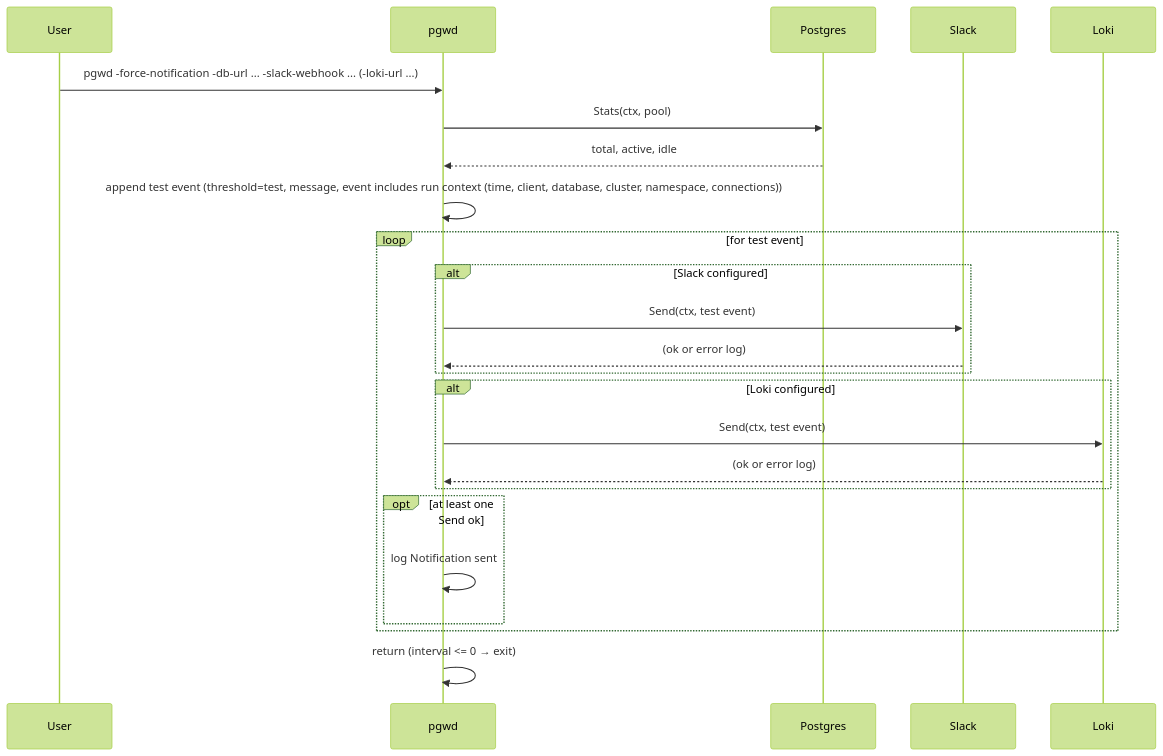
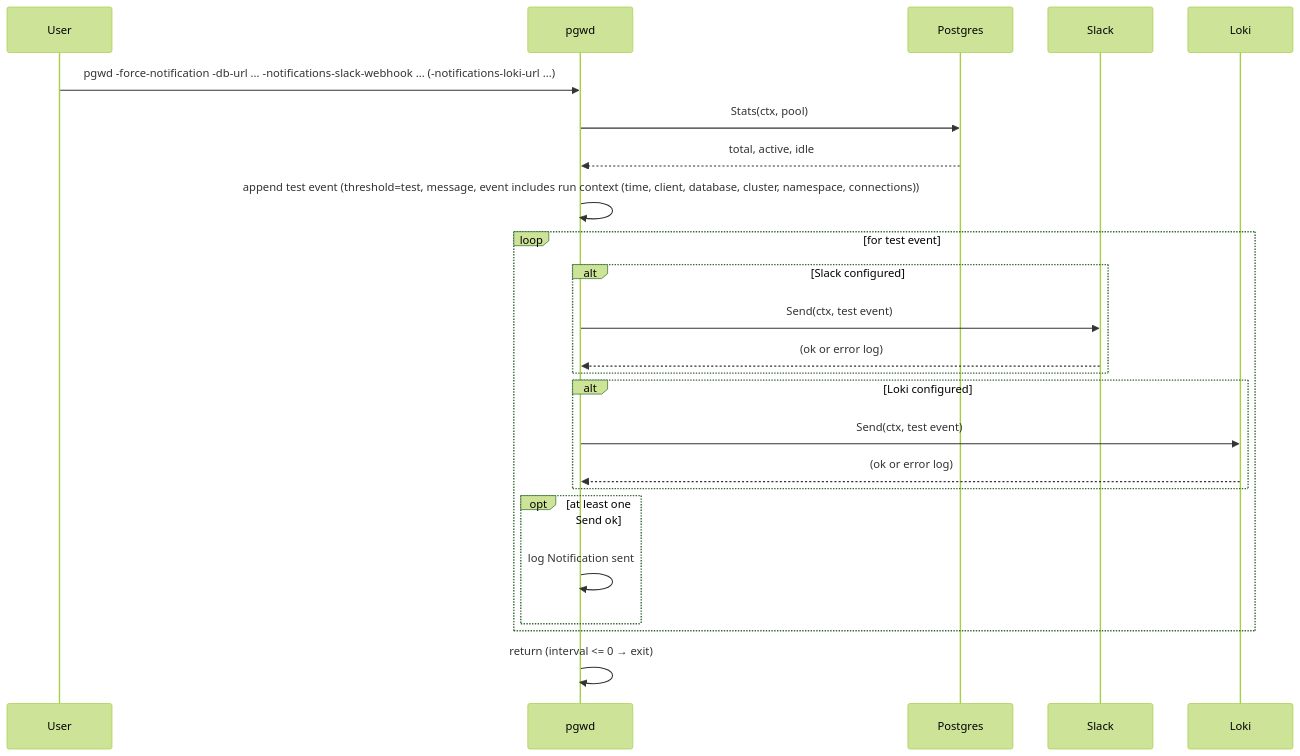
Before and after one commit to hrodrig/pgwd: the diagram in docs/sequence/05-force-notification.md, drawn with Mermaid (forest theme). The commit also changed 28 other files, not shown here.

````diff
--- a/docs/sequence/05-force-notification.md
+++ b/docs/sequence/05-force-notification.md
@@ -5,27 +5,27 @@
 ```mermaid
 sequenceDiagram
     participant User
     participant pgwd
     participant Postgres
     participant Slack
     participant Loki
 
-    User->>pgwd: pgwd -force-notification -db-url ... -slack-webhook ... (-loki-url ...)
+    User->>pgwd: pgwd -force-notification -db-url ... -notifications-slack-webhook ... (-notifications-loki-url ...)
     pgwd->>Postgres: Stats(ctx, pool)
     Postgres-->>pgwd: total, active, idle
     pgwd->>pgwd: append test event (threshold=test, message, event includes run context (time, client, database, cluster, namespace, connections))
     loop for test event
         alt Slack configured
             pgwd->>Slack: Send(ctx, test event)
             Slack-->>pgwd: (ok or error log)
         end
         alt Loki configured
             pgwd->>Loki: Send(ctx, test event)
             Loki-->>pgwd: (ok or error log)
         end
         opt at least one Send ok
             pgwd->>pgwd: log Notification sent
         end
     end
     pgwd->>pgwd: return (interval <= 0 → exit)
 ```
````
